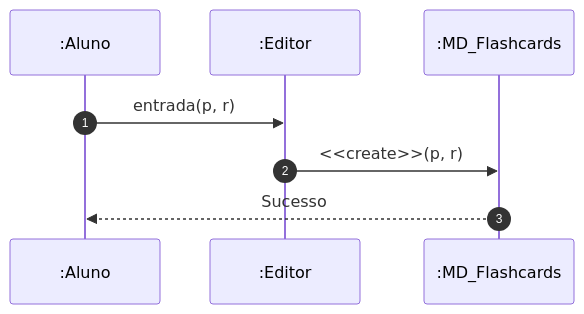
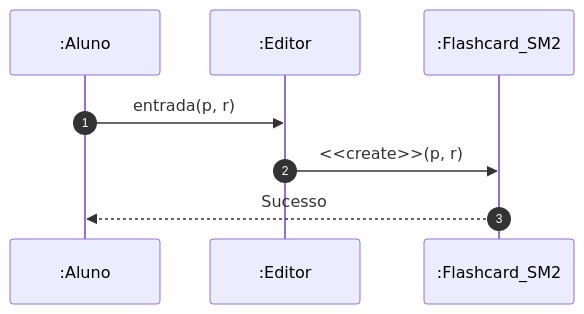
One commit to MayconDIS/PIM_III-Documentacao_UML changed the second of 2 diagrams in PIM_III/02_Modelagem_UML_Astah/UC10_Criar_Flashcards/README.md. Above: the diagram before and after it, drawn with Mermaid. The commit also changed other lines of this file and 86 other files, not shown here.

Commit message:
docs(uml): add comprehensive UML diagrams and tutorials for all 15 use cases

````diff
--- a/PIM_III/02_Modelagem_UML_Astah/UC10_Criar_Flashcards/README.md
+++ b/PIM_III/02_Modelagem_UML_Astah/UC10_Criar_Flashcards/README.md
@@ -66,10 +66,10 @@
 ```mermaid
 sequenceDiagram
     autonumber
     participant A as :Aluno
     participant E as :Editor
-    participant F as :MD_Flashcards
+    participant F as :Flashcard_SM2
     A->>E: entrada(p, r)
     E->>F: <<create>>(p, r)
     F-->>A: Sucesso
 ```
````
